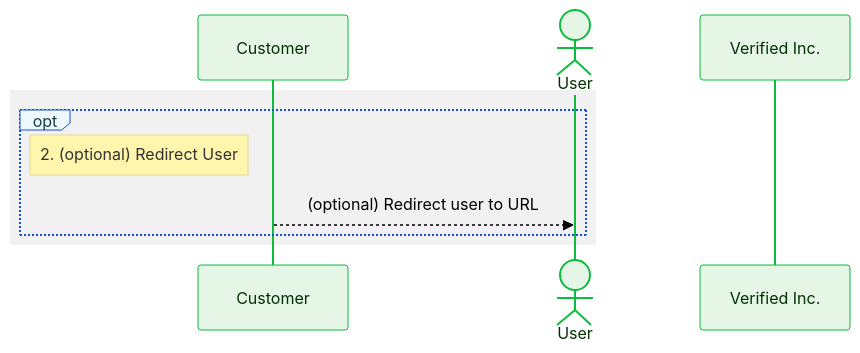
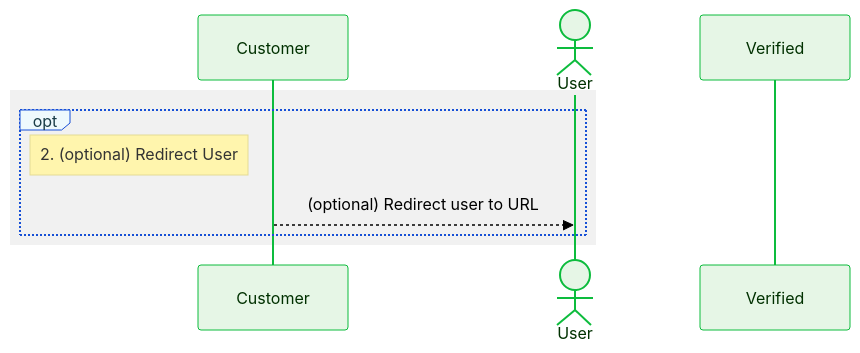
One commit to VerifiedInc/VerifiedInc.github.io changed the eighth of 13 diagrams in versioned_docs/version-1/1-click-signup.mdx. Above: the diagram before and after it, drawn with Mermaid. The commit also changed other lines of this file and 22 other files, not shown here.

````diff
--- a/versioned_docs/version-1/1-click-signup.mdx
+++ b/versioned_docs/version-1/1-click-signup.mdx
@@ -639,33 +639,33 @@
 ```mermaid
 %%{
     init: {
         'theme': 'base',
         'themeVariables': {
             'primaryColor': '#e6f6e6',
             'primaryTextColor': '#003100',
             'primaryBorderColor': '#0dbc3d',
             'secondaryColor': '#eef9fd',
             'secondaryTextColor': '#193c47',
             'secondaryBorderColor': '#164fd6',
             'activationBkgColor': '#e6f6e6',
             'activationBorderColor': '#0dbc3d',
             'labelBoxBkgColor': '#eef9fd',
             'labelBoxBorderColor': '#164fd6',
             'labelTextColor': '#193c47',
             'edgeLabelBackground': '#ffffff',
             'textColor': '#000000',
             'fontFamily': 'Lato'
         }
     }
 }%%
 sequenceDiagram
     participant C as Customer
     actor U as User
-    participant V as Verified Inc.
+    participant V as Verified
     rect rgb(200,200,200,0.25)
         opt
             note left of C: 2. (optional) Redirect User
             C-->>U: (optional) Redirect user to URL
         end
     end
 ```
````
